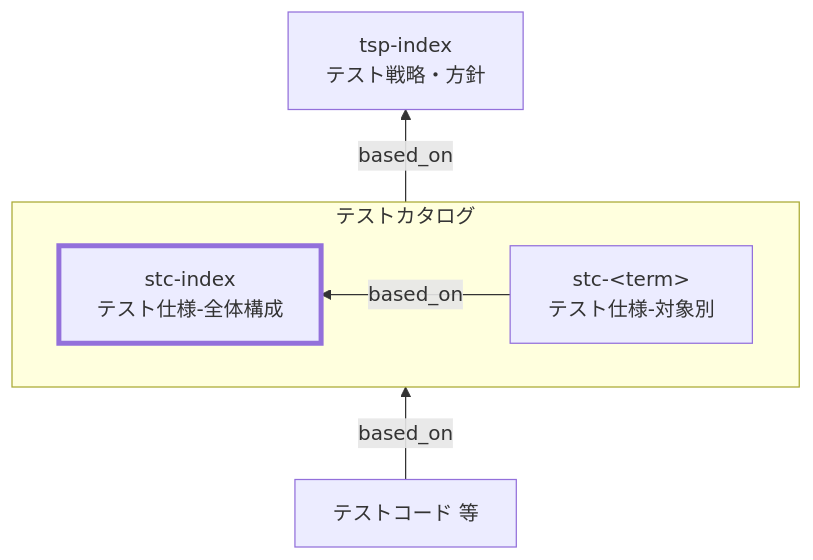
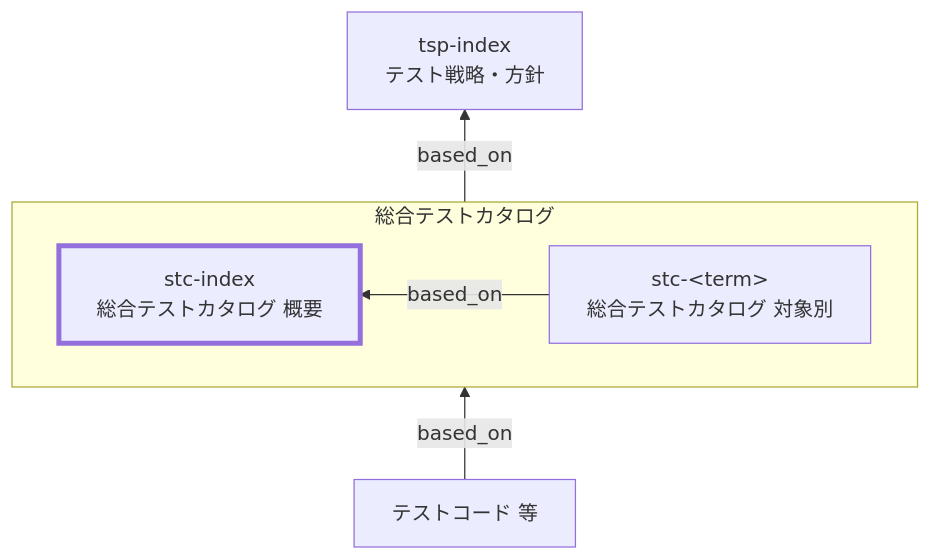
The diagram in docs/ja/specdojo/rulebooks/stc-index-rulebook.md (specdojo/specdojo), drawn with Mermaid before and after one commit. The commit also changed other lines of this file and 6 other files, not shown here.

Commit message:
exec(T-KATA-WAVE-3-stc-index-sample-040): apply task changes

````diff
--- a/docs/ja/specdojo/rulebooks/stc-index-rulebook.md
+++ b/docs/ja/specdojo/rulebooks/stc-index-rulebook.md
@@ -28,19 +29,19 @@
 ```mermaid
 flowchart BT
   TSP["tsp-index<br>テスト戦略・方針"]
 
-  subgraph TC["テストカタログ"]
+  subgraph TC["総合テストカタログ"]
   direction RL
-    TCIndex["stc-index<br>テスト仕様-全体構成"]
-    TCDetail["stc-&lt;term&gt;<br>テスト仕様-対象別"]
+    TCIndex["stc-index<br>総合テストカタログ 概要"]
+    TCDetail["stc-&lt;term&gt;<br>総合テストカタログ 対象別"]
     TCDetail -->|based_on| TCIndex
   end
 
   Code["テストコード 等"]
 
   TC -->|based_on| TSP
   Code -->|based_on| TC
 
   classDef target stroke-width:4px
   class TCIndex target
 ```
````
